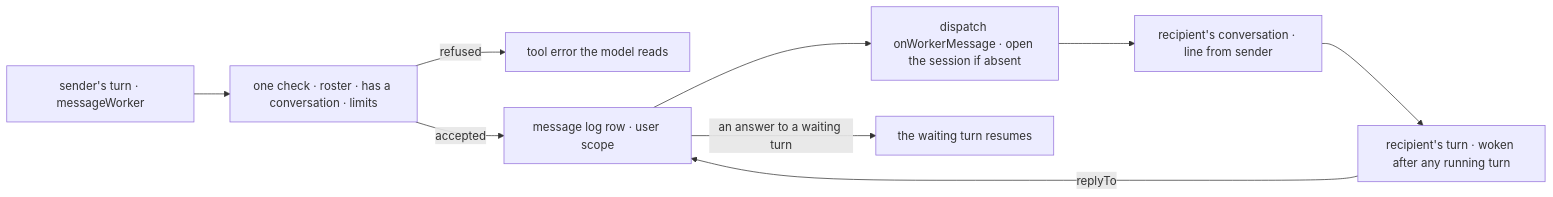
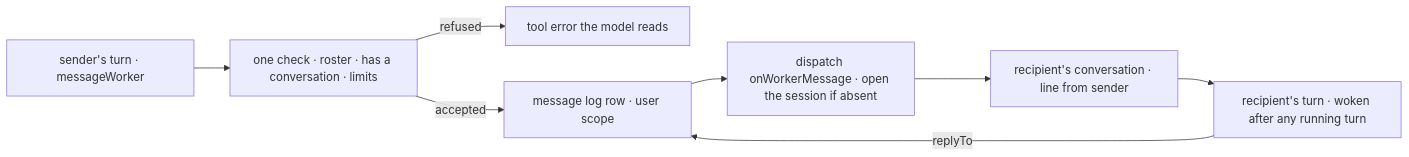
Before and after one commit to fixpoint-labs/flow-state-dev: the second of 2 diagrams in specs/issues/FIX-1989/SPEC.md, drawn with Mermaid. The commit also changed other lines of this file and 1 other file, not shown here.

````diff
--- a/specs/issues/FIX-1989/SPEC.md
+++ b/specs/issues/FIX-1989/SPEC.md
@@ -95,11 +93,10 @@
 ```mermaid
 flowchart LR
   T["sender's turn · messageWorker"] --> K["one check · roster · has a conversation · limits"]
   K -->|"refused"| E["tool error the model reads"]
   K -->|"accepted"| G["message log row · user scope"]
   G --> D["dispatch onWorkerMessage · open the session if absent"]
   D --> C["recipient's conversation · line from sender"]
   C --> U["recipient's turn · woken after any running turn"]
   U -->|"replyTo"| G
-  G -->|"an answer to a waiting turn"| S["the waiting turn resumes"]
 ```
````
